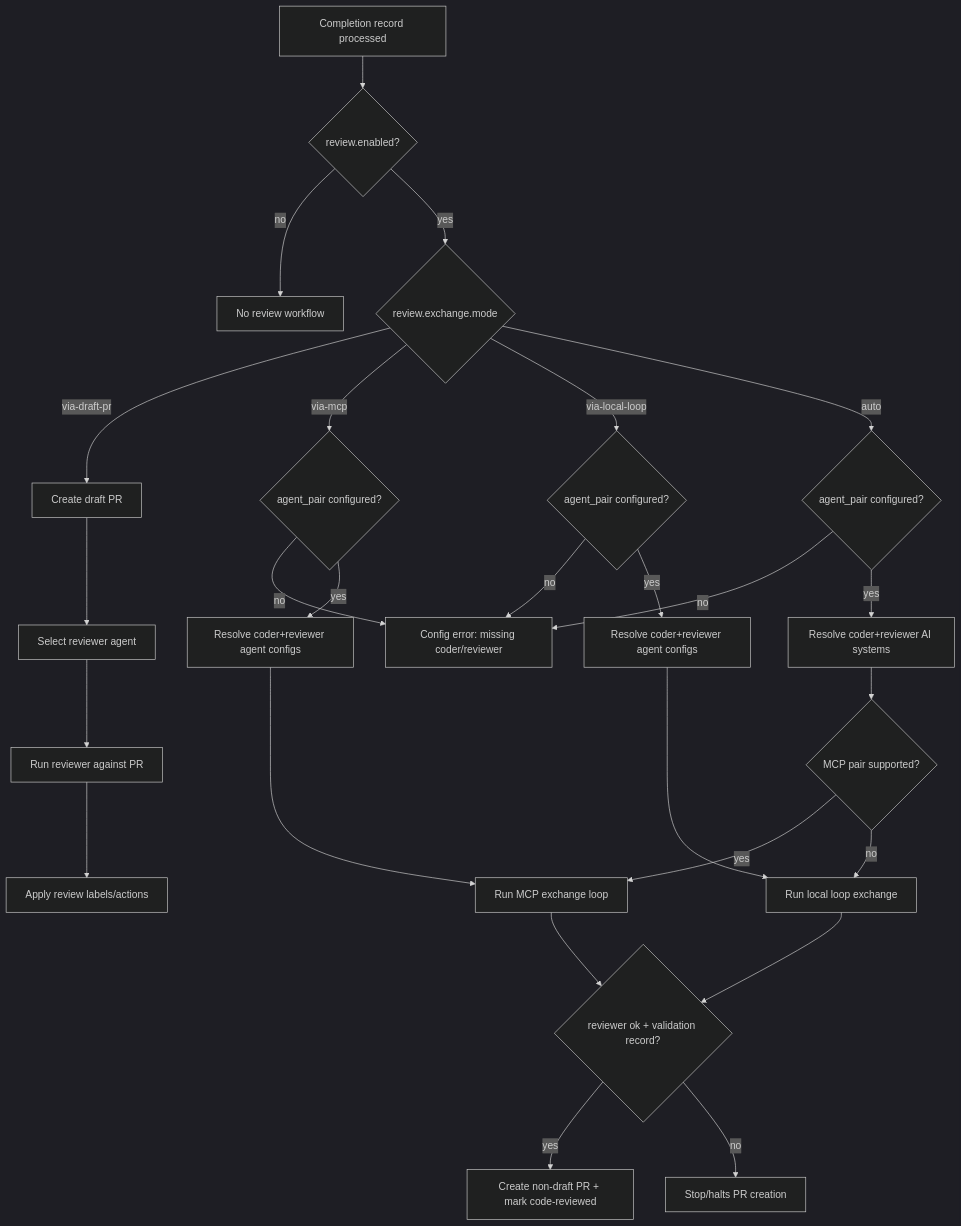
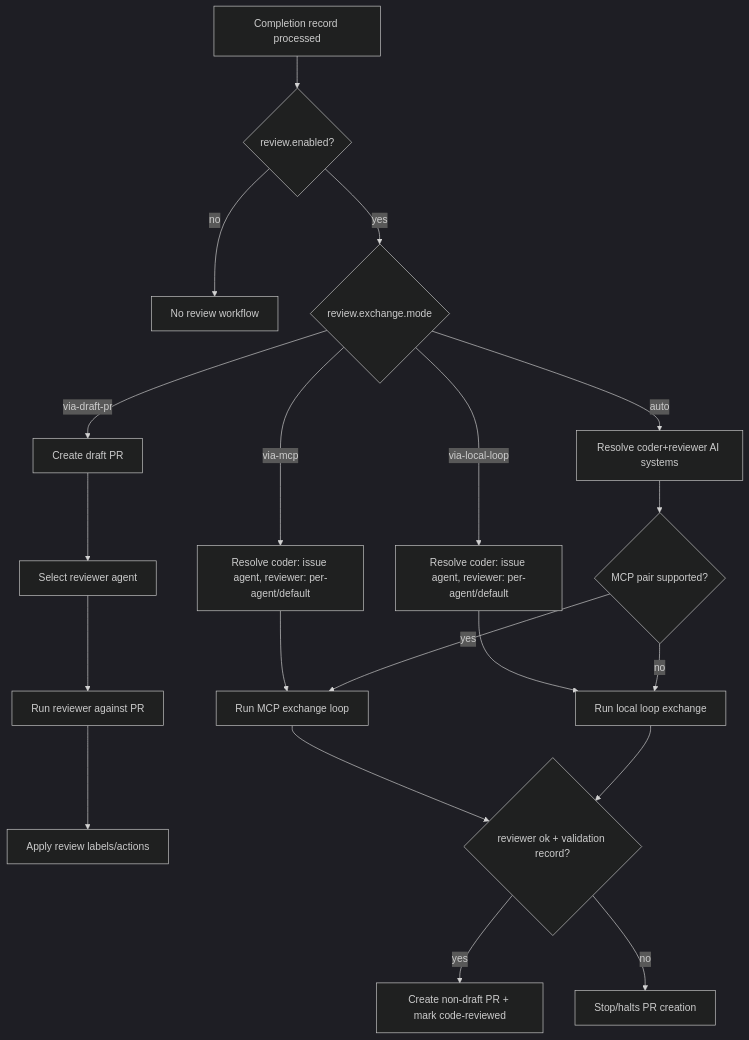
The diagram in docs/development/REVIEW_WORKFLOW.md (issue-orchestrator/issue-orchestrator), drawn with Mermaid (dark theme) before and after one commit. The commit also changed 13 other files, not shown here.

````diff
--- a/docs/development/REVIEW_WORKFLOW.md
+++ b/docs/development/REVIEW_WORKFLOW.md
@@ -5,32 +5,26 @@
 ```mermaid
 flowchart TD
   A[Completion record processed] --> B{review.enabled?}
   B -- no --> Z[No review workflow]
   B -- yes --> C{review.exchange.mode}
 
   C -- via-draft-pr --> D[Create draft PR]
   D --> E[Select reviewer agent]
   E --> F[Run reviewer against PR]
   F --> G[Apply review labels/actions]
 
-  C -- via-mcp --> H{agent_pair configured?}
-  H -- no --> X[Config error: missing coder/reviewer]
-  H -- yes --> I[Resolve coder+reviewer agent configs]
-  I --> J[Run MCP exchange loop]
+  C -- via-mcp --> H[Resolve coder: issue agent, reviewer: per-agent/default]
+  H --> J[Run MCP exchange loop]
   J --> K{reviewer ok + validation record?}
   K -- yes --> D2[Create non-draft PR + mark code-reviewed]
   K -- no --> L[Stop/halts PR creation]
 
-  C -- via-local-loop --> M{agent_pair configured?}
-  M -- no --> X
-  M -- yes --> N[Resolve coder+reviewer agent configs]
-  N --> O[Run local loop exchange]
+  C -- via-local-loop --> M[Resolve coder: issue agent, reviewer: per-agent/default]
+  M --> O[Run local loop exchange]
   O --> K
 
-  C -- auto --> P{agent_pair configured?}
-  P -- no --> X
-  P -- yes --> Q[Resolve coder+reviewer AI systems]
-  Q --> R{MCP pair supported?}
+  C -- auto --> P[Resolve coder+reviewer AI systems]
+  P --> R{MCP pair supported?}
   R -- yes --> J
   R -- no --> O
 ```
````
